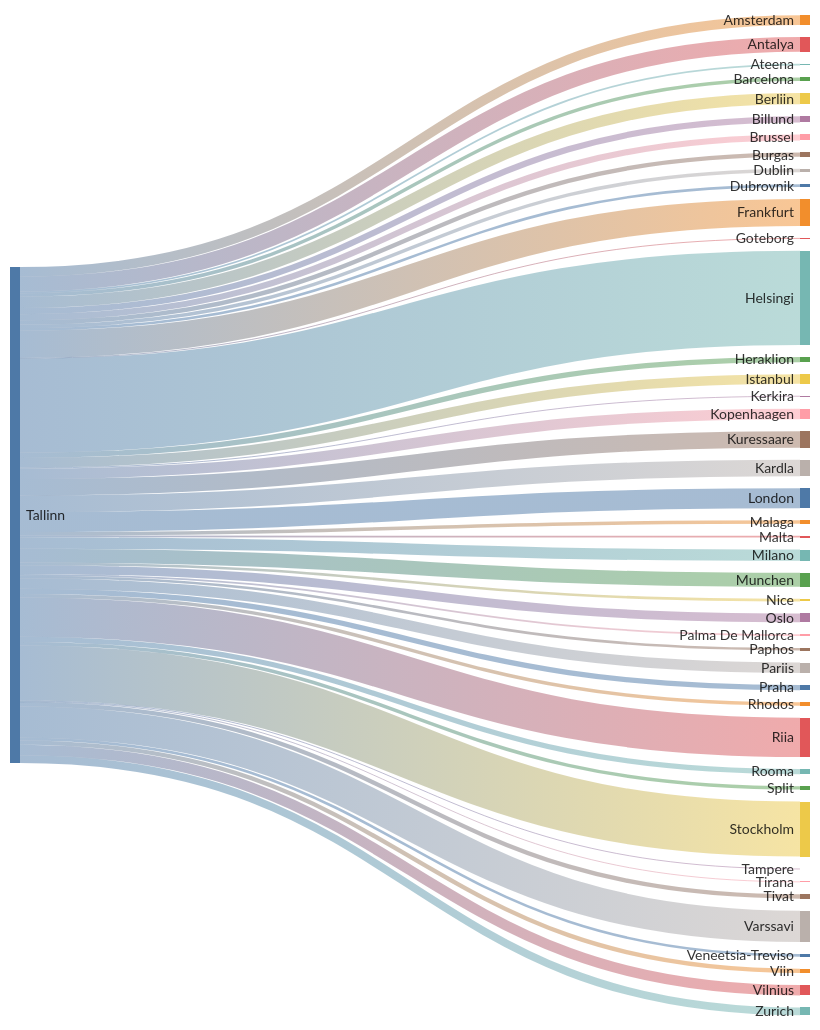
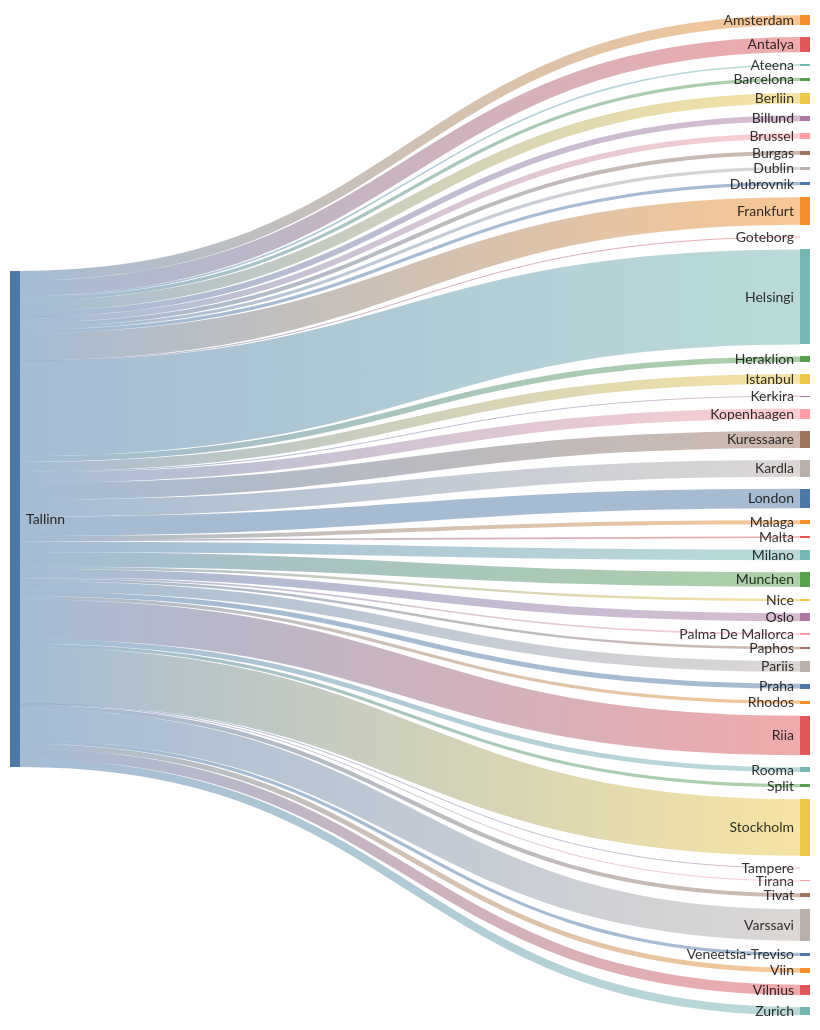
Before and after one commit to rainermesi/tll-airport-departures: the second of 2 diagrams in README.md, drawn with Mermaid. The commit also changed other lines of this file, not shown here.

````diff
--- a/README.md
+++ b/README.md
@@ -24,56 +29,56 @@
 ```mermaid
 ---
 config:
   sankey:
     showValues: false
     width: 800
     height: 1000
 ---
 sankey-beta
 %% source,target,value
-Tallinn,Amsterdam,11
-Tallinn,Antalya,17
+Tallinn,Amsterdam,12
+Tallinn,Antalya,19
 Tallinn,Ateena,2
 Tallinn,Barcelona,4
 Tallinn,Berliin,13
 Tallinn,Billund,7
 Tallinn,Brussel,7
 Tallinn,Burgas,5
 Tallinn,Dublin,4
-Tallinn,Dubrovnik,3
-Tallinn,Frankfurt,31
+Tallinn,Dubrovnik,4
+Tallinn,Frankfurt,34
 Tallinn,Goteborg,1
-Tallinn,Helsingi,108
-Tallinn,Heraklion,6
-Tallinn,Istanbul,11
+Tallinn,Helsingi,118
+Tallinn,Heraklion,7
+Tallinn,Istanbul,12
 Tallinn,Kerkira,1
-Tallinn,Kopenhaagen,12
-Tallinn,Kuressaare,19
-Tallinn,Kardla,19
-Tallinn,London,23
-Tallinn,Malaga,4
+Tallinn,Kopenhaagen,13
+Tallinn,Kuressaare,21
+Tallinn,Kardla,21
+Tallinn,London,24
+Tallinn,Malaga,5
 Tallinn,Malta,2
 Tallinn,Milano,13
-Tallinn,Munchen,16
+Tallinn,Munchen,18
 Tallinn,Nice,3
 Tallinn,Oslo,10
 Tallinn,Palma De Mallorca,2
 Tallinn,Paphos,3
-Tallinn,Pariis,12
+Tallinn,Pariis,13
 Tallinn,Praha,6
 Tallinn,Rhodos,4
-Tallinn,Riia,45
+Tallinn,Riia,49
 Tallinn,Rooma,6
 Tallinn,Split,4
-Tallinn,Stockholm,63
+Tallinn,Stockholm,70
 Tallinn,Tampere,1
 Tallinn,Tirana,1
 Tallinn,Tivat,5
-Tallinn,Varssavi,36
-Tallinn,Veneetsia-Treviso,3
-Tallinn,Viin,5
-Tallinn,Vilnius,12
-Tallinn,Zurich,9
+Tallinn,Varssavi,39
+Tallinn,Veneetsia-Treviso,4
+Tallinn,Viin,6
+Tallinn,Vilnius,13
+Tallinn,Zurich,10
 
 
 ```
````
